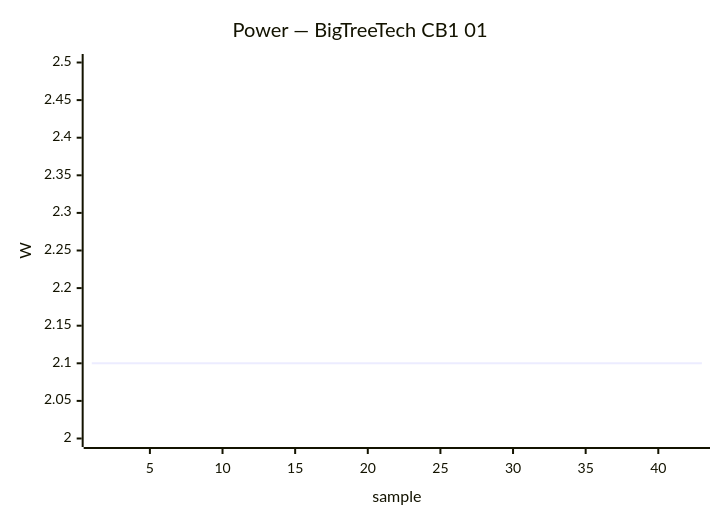
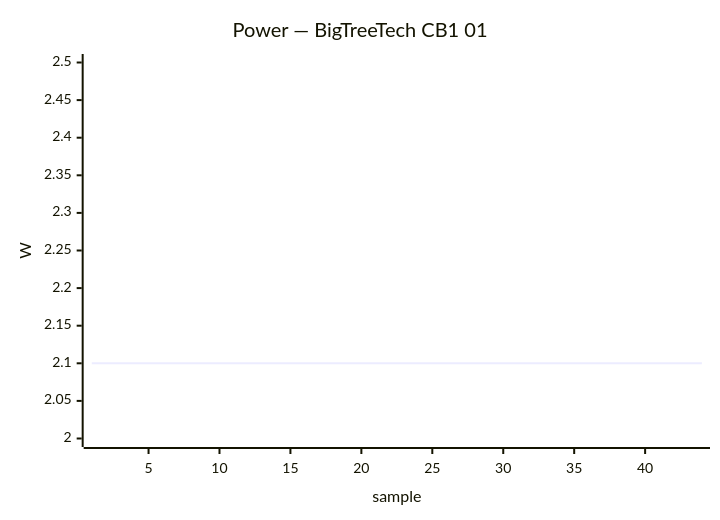
One commit to armbian/documentation changed the third of 24 diagrams in docs/status/board-tests.md. Above: the diagram before and after it, drawn with Mermaid. The commit also changed other lines of this file, not shown here.

````diff
--- a/docs/status/board-tests.md
+++ b/docs/status/board-tests.md
@@ -165,7 +165,7 @@
     ```mermaid
     xychart-beta
         title "Power — BigTreeTech CB1 01"
-        x-axis "sample" 1 --> 43
+        x-axis "sample" 1 --> 44
         y-axis "W" 2.0 --> 2.5
         line [2.10, 2.10, 2.10, 2.10, 2.10, 2.10, 2.10, 2.10, 2.10, 2.10, 2.10, 2.10, 2.10, 2.10, 2.10, 2.10, 2.10, 2.10, 2.10, 2.10, 2.10, 2.10, 2.10, 2.10, 2.10, 2.10, 2.10, 2.10, 2.10, 2.10, 2.10, 2.10, 2.10, 2.10, 2.10, 2.10, 2.10, 2.10, 2.10, 2.10]
     ```
````
